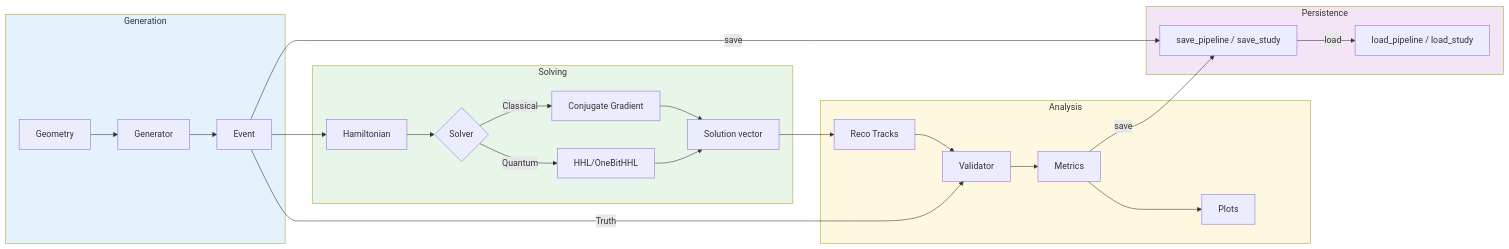
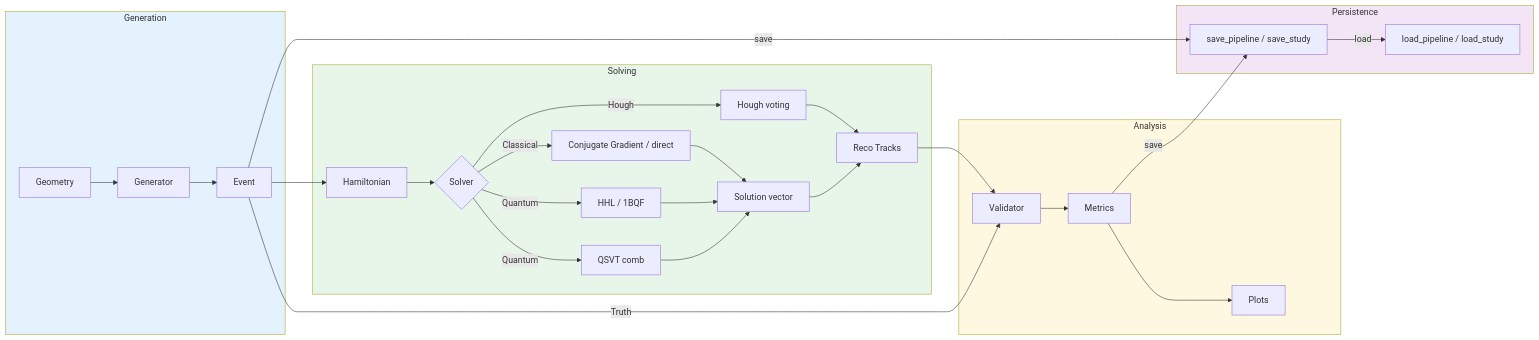
Before and after one commit to GeorgeWilliam1999/LHCb_VeLo_Toy_Model: the diagram in docs/index.md, drawn with Mermaid. The commit also changed other lines of this file and 12 other files, not shown here.

````diff
--- a/docs/index.md
+++ b/docs/index.md
@@ -151,35 +165,39 @@
 ```mermaid
 graph LR
     subgraph Generation
         G[Geometry] --> GEN[Generator]
         GEN --> E[Event]
     end
 
     subgraph Solving
         E --> H[Hamiltonian]
         H --> S{Solver}
-        S --> |Classical| CG[Conjugate Gradient]
-        S --> |Quantum| HHL[HHL/OneBitHHL]
+        S --> |Classical| CG[Conjugate Gradient / direct]
+        S --> |Quantum| HHL[HHL / 1BQF]
+        S --> |Quantum| Q[QSVT comb]
+        S --> |Hough| HG[Hough voting]
         CG --> X[Solution vector]
         HHL --> X
+        Q --> X
+        HG --> R
     end
 
     subgraph Analysis
         X --> R[Reco Tracks]
         R --> V[Validator]
         E --> |Truth| V
         V --> M[Metrics]
         M --> P[Plots]
     end
 
     subgraph Persistence
         E --> |save| SAVE[save_pipeline / save_study]
         M --> |save| SAVE
         SAVE --> |load| LOAD[load_pipeline / load_study]
     end
 
     style Generation fill:#e3f2fd
     style Solving fill:#e8f5e9
     style Analysis fill:#fff8e1
     style Persistence fill:#f3e5f5
 ```
````
